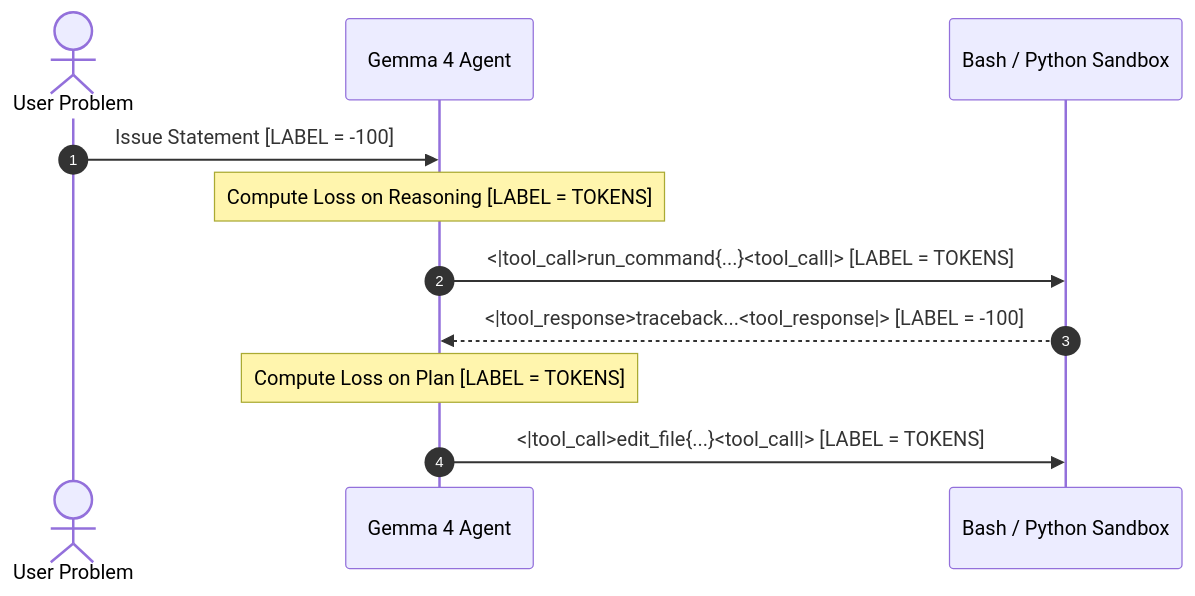
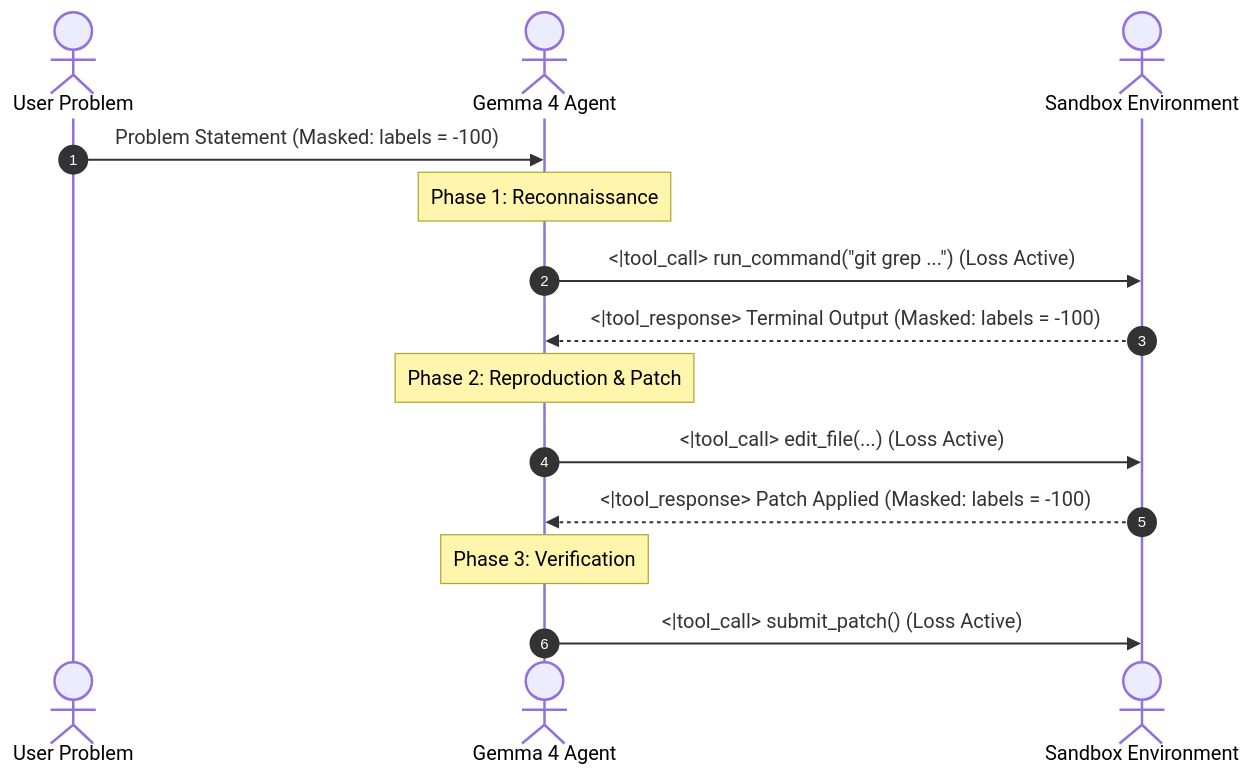
The third of 5 diagrams in articles/gemma_4_developer_agent_paper_track_writeup.md (lmassaron/gemma-4-developer-agent), drawn with Mermaid before and after one commit. The commit also changed other lines of this file and 4 other files, not shown here.

Commit message:
Apply Claude improvement plan: fix adapter mismatch, enhance prompt playbooks and early submit, align paper writeups

````diff
--- a/articles/gemma_4_developer_agent_paper_track_writeup.md
+++ b/articles/gemma_4_developer_agent_paper_track_writeup.md
@@ -127,14 +126,17 @@
 ```mermaid
 sequenceDiagram
     autonumber
     actor User as User Problem
-    participant Agent as Gemma 4 Agent
-    participant Env as Bash / Python Sandbox
-
-    User->>Agent: Issue Statement [LABEL = -100]
-    Note over Agent: Compute Loss on Reasoning [LABEL = TOKENS]
-    Agent->>Env: <|tool_call>run_command{...}<tool_call|> [LABEL = TOKENS]
-    Env-->>Agent: <|tool_response>traceback...<tool_response|> [LABEL = -100]
-    Note over Agent: Compute Loss on Plan [LABEL = TOKENS]
-    Agent->>Env: <|tool_call>edit_file{...}<tool_call|> [LABEL = TOKENS]
+    actor Agent as Gemma 4 Agent
+    actor Env as Sandbox Environment
+    
+    User->>Agent: Problem Statement (Masked: labels = -100)
+    Note over Agent: Phase 1: Reconnaissance
+    Agent->>Env: <|tool_call> run_command("git grep ...") (Loss Active)
+    Env-->>Agent: <|tool_response> Terminal Output (Masked: labels = -100)
+    Note over Agent: Phase 2: Reproduction & Patch
+    Agent->>Env: <|tool_call> edit_file(...) (Loss Active)
+    Env-->>Agent: <|tool_response> Patch Applied (Masked: labels = -100)
+    Note over Agent: Phase 3: Verification
+    Agent->>Env: <|tool_call> submit_patch() (Loss Active)
 ```
````
